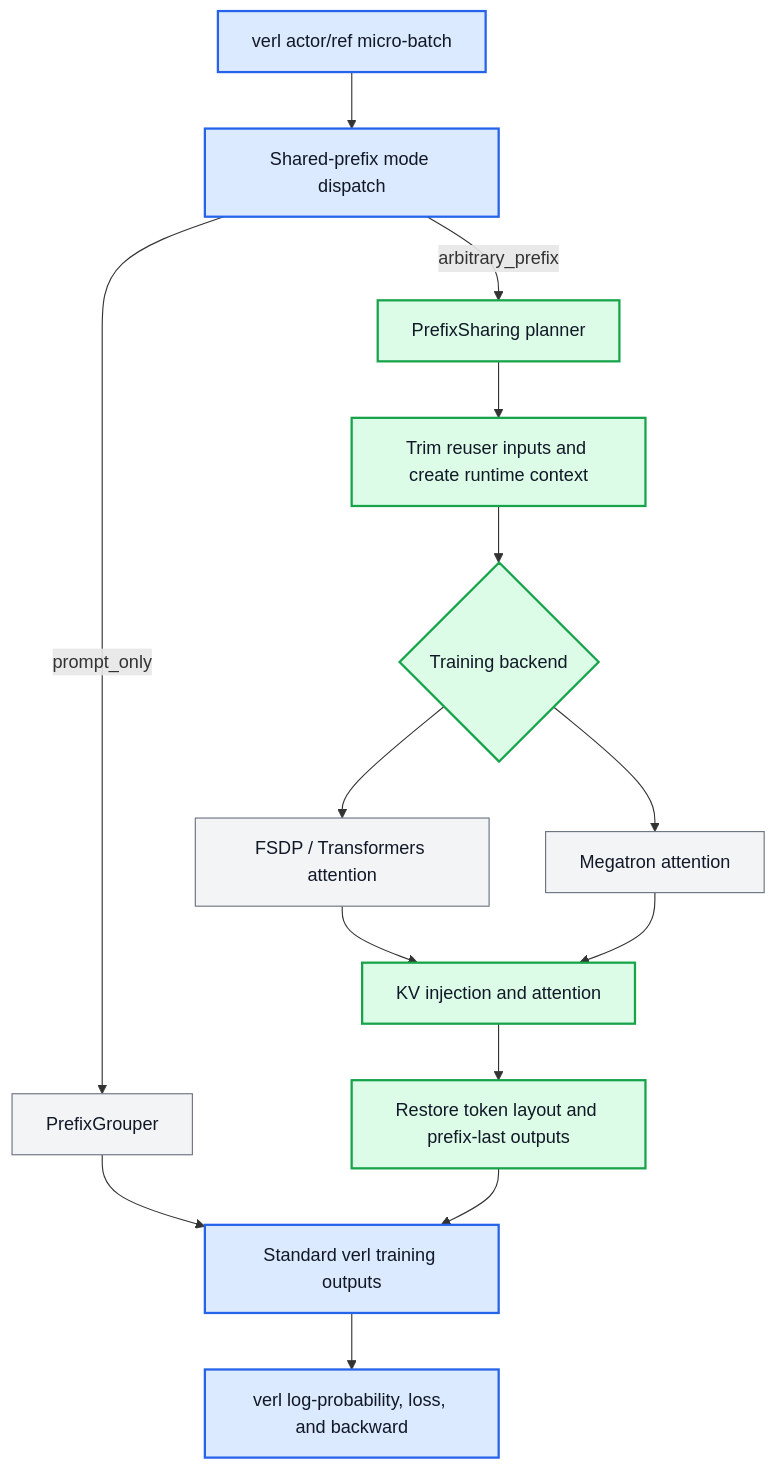
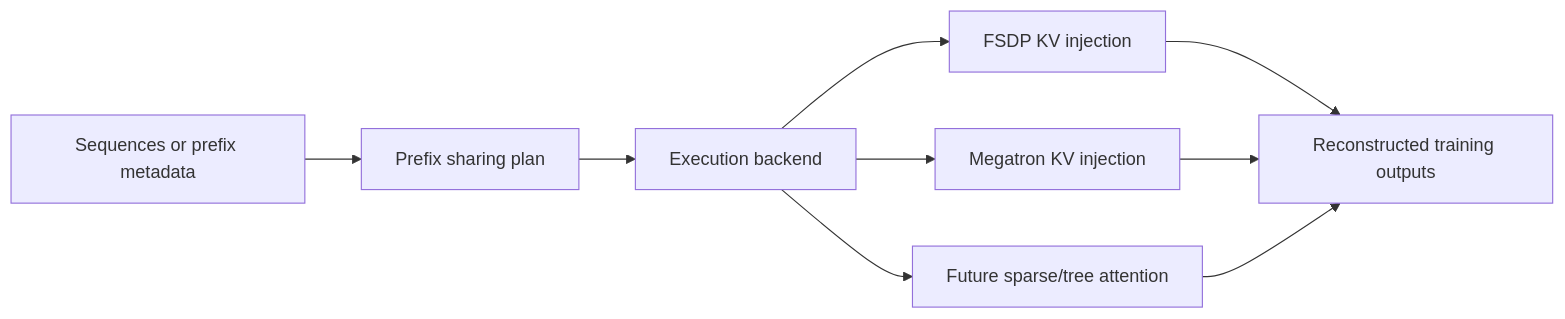
One commit to Jackie2049/PrefixSharing changed the diagram in docs/rfc/verl-prefix-sharing-rfc.md. Above: the diagram before and after it, drawn with Mermaid. The commit also changed other lines of this file, not shown here.

First line of the commit message:
[doc] 重写 RFC：明确 Agentic RL 动机与 PrefixGrouper 扩展方案

````diff
--- a/docs/rfc/verl-prefix-sharing-rfc.md
+++ b/docs/rfc/verl-prefix-sharing-rfc.md
@@ -73,23 +70,11 @@
 ```mermaid
-flowchart TD
-    A["verl actor/ref micro-batch"] --> B["Shared-prefix mode dispatch"]
-    B -->|"prompt_only"| C["PrefixGrouper"]
-    B -->|"arbitrary_prefix"| D["PrefixSharing planner"]
-    D --> E["Trim reuser inputs and create runtime context"]
-    E --> F{"Training backend"}
-    F --> G["FSDP / Transformers attention"]
-    F --> H["Megatron attention"]
-    G --> I["KV injection and attention"]
-    H --> I
-    I --> J["Restore token layout and prefix-last outputs"]
-    C --> K["Standard verl training outputs"]
-    J --> K
-    K --> L["verl log-probability, loss, and backward"]
-
-    classDef verl fill:#dbeafe,stroke:#2563eb,color:#111827,stroke-width:2px
-    classDef prefixSharing fill:#dcfce7,stroke:#16a34a,color:#111827,stroke-width:2px
-    classDef existing fill:#f3f4f6,stroke:#6b7280,color:#111827,stroke-width:1px
-    class A,B,K,L verl
-    class D,E,F,I,J prefixSharing
-    class C,G,H existing
+flowchart LR
+    A["Sequences or prefix metadata"] --> B["Prefix sharing plan"]
+    B --> C["Execution backend"]
+    C --> D["FSDP KV injection"]
+    C --> E["Megatron KV injection"]
+    C --> F["Future sparse/tree attention"]
+    D --> G["Reconstructed training outputs"]
+    E --> G
+    F --> G
 ```
````
